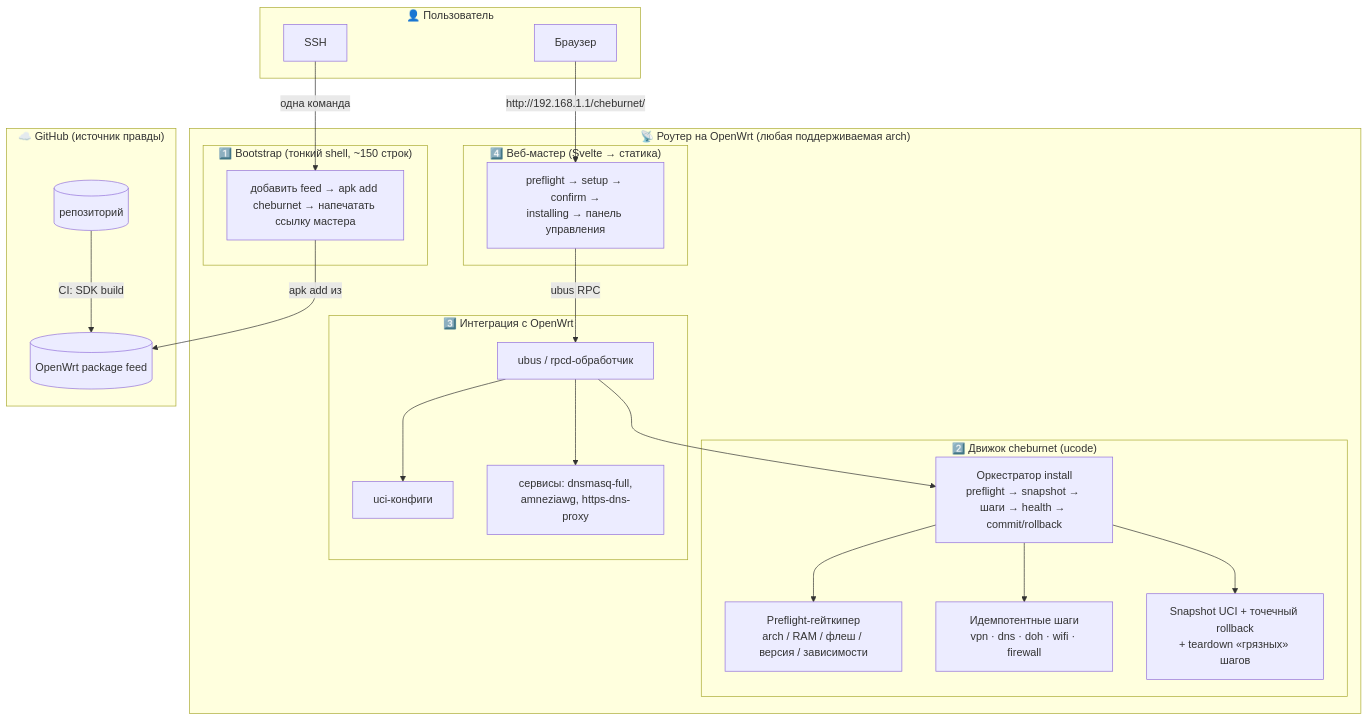
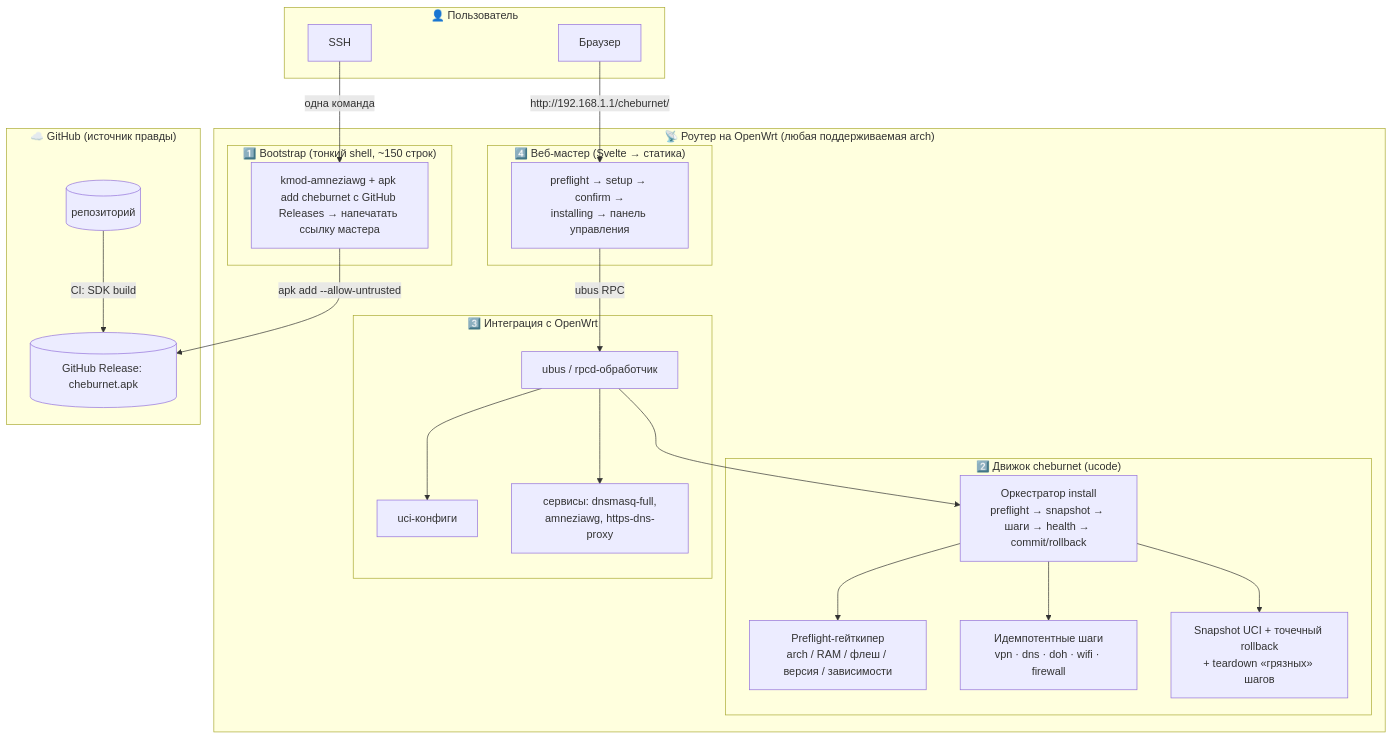
One commit to andreiyurik/cheburnet-router changed the first of 2 diagrams in docs/architecture.md. Above: the diagram before and after it, drawn with Mermaid. The commit also changed other lines of this file and 26 other files, not shown here.

````diff
--- a/docs/architecture.md
+++ b/docs/architecture.md
@@ -45,44 +47,44 @@
 ```mermaid
 flowchart TB
     subgraph User["👤 Пользователь"]
         browser[Браузер]
         ssh[SSH]
     end
 
     subgraph Router["📡 Роутер на OpenWrt (любая поддерживаемая arch)"]
         subgraph L1["1️⃣ Bootstrap (тонкий shell, ~150 строк)"]
-            boot[добавить feed → apk add cheburnet → напечатать ссылку мастера]
+            boot[kmod-amneziawg + apk add cheburnet с GitHub Releases → напечатать ссылку мастера]
         end
 
         subgraph L2["2️⃣ Движок cheburnet (ucode)"]
             preflight[Preflight-гейткипер<br/>arch / RAM / флеш / версия / зависимости]
             steps[Идемпотентные шаги<br/>vpn · dns · doh · wifi · firewall]
             rollback[Snapshot UCI + точечный rollback<br/>+ teardown «грязных» шагов]
             install[Оркестратор install<br/>preflight → snapshot → шаги → health → commit/rollback]
         end
 
         subgraph L3["3️⃣ Интеграция с OpenWrt"]
             ubus[ubus / rpcd-обработчик]
             uci[uci-конфиги]
             services[сервисы: dnsmasq-full,<br/>amneziawg, https-dns-proxy]
         end
 
         subgraph L4["4️⃣ Веб-мастер (Svelte → статика)"]
             wizard[preflight → setup → confirm →<br/>installing → панель управления]
         end
     end
 
     subgraph CI["☁️ GitHub (источник правды)"]
         repo[(репозиторий)]
-        feed[(OpenWrt package feed)]
+        release[(GitHub Release: cheburnet.apk)]
     end
 
     ssh -->|одна команда| boot
-    boot -->|apk add из| feed
+    boot -->|apk add --allow-untrusted| release
     install --> preflight & steps & rollback
     ubus --> install
     ubus --> uci & services
     browser -->|http://192.168.1.1/cheburnet/| wizard
     wizard -->|ubus RPC| ubus
-    repo -->|CI: SDK build| feed
+    repo -->|CI: SDK build| release
 ```
````
